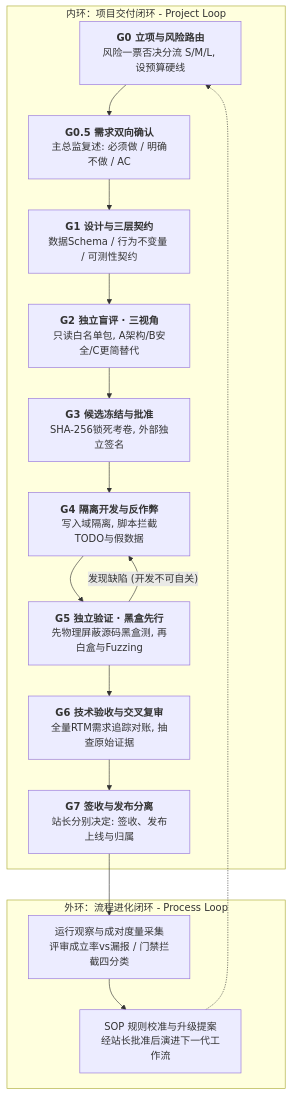
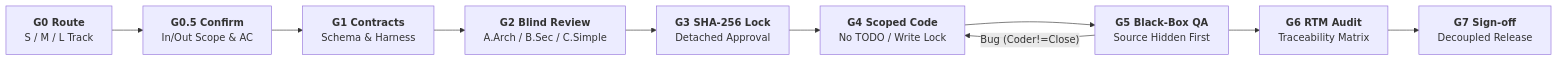
One commit to Over9rowth/O9-RD-MAO-Governance changed the diagram in README.md. Above: the diagram before and after it, drawn with Mermaid. The commit also changed other lines of this file and 16 other files, not shown here.

````diff
--- a/README.md
+++ b/README.md
@@ -52,19 +51,12 @@
 ```mermaid
-flowchart TD
-    subgraph Loop1["内环：项目交付闭环 - Project Loop"]
-        G0["<b>G0 立项与风险路由</b><br/>风险一票否决分流 S/M/L, 设预算硬线"] --> G05["<b>G0.5 需求双向确认</b><br/>主总监复述: 必须做 / 明确不做 / AC"]
-        G05 --> G1["<b>G1 设计与三层契约</b><br/>数据Schema / 行为不变量 / 可测性契约"]
-        G1 --> G2["<b>G2 独立盲评 · 三视角</b><br/>只读白名单包, A架构/B安全/C更简替代"]
-        G2 --> G3["<b>G3 候选冻结与批准</b><br/>SHA-256锁死考卷, 外部独立签名"]
-        G3 --> G4["<b>G4 隔离开发与反作弊</b><br/>写入域隔离, 脚本拦截TODO与假数据"]
-        G4 --> G5["<b>G5 独立验证 · 黑盒先行</b><br/>先物理屏蔽源码黑盒测, 再白盒与Fuzzing"]
-        G5 -->|"发现缺陷 (开发不可自关)"| G4
-        G5 --> G6["<b>G6 技术验收与交叉复审</b><br/>全量RTM需求追踪对账, 抽查原始证据"]
-        G6 --> G7["<b>G7 签收与发布分离</b><br/>站长分别决定: 签收、发布上线与归属"]
-    end
-    subgraph Loop2["外环：流程进化闭环 - Process Loop"]
-        G7 --> O["运行观察与成对度量采集<br/>评审成立率vs漏报 / 门禁拦截四分类"]
-        O --> P["SOP 规则校准与升级提案<br/>经站长批准后演进下一代工作流"]
-        P -.-> G0
-    end
+flowchart LR
+    G0["<b>G0 Route</b><br/>S / M / L Track"] --> G05["<b>G0.5 Confirm</b><br/>In/Out Scope & AC"]
+    G05 --> G1["<b>G1 Contracts</b><br/>Schema & Harness"]
+    G1 --> G2["<b>G2 Blind Review</b><br/>A.Arch / B.Sec / C.Simple"]
+    G2 --> G3["<b>G3 SHA-256 Lock</b><br/>Detached Approval"]
+    G3 --> G4["<b>G4 Scoped Code</b><br/>No TODO / Write Lock"]
+    G4 --> G5["<b>G5 Black-Box QA</b><br/>Source Hidden First"]
+    G5 -->|"Bug (Coder!=Close)"| G4
+    G5 --> G6["<b>G6 RTM Audit</b><br/>Traceability Matrix"]
+    G6 --> G7["<b>G7 Sign-off</b><br/>Decoupled Release"]
 ```
````
